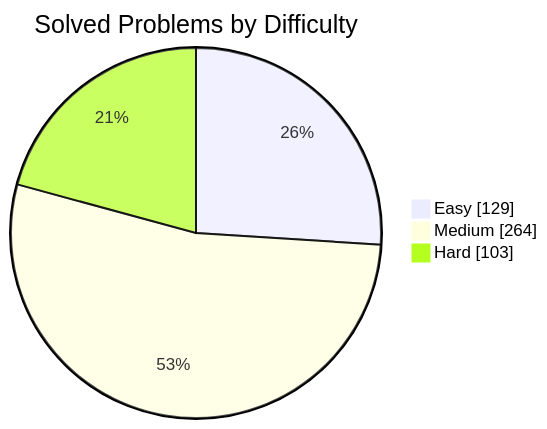
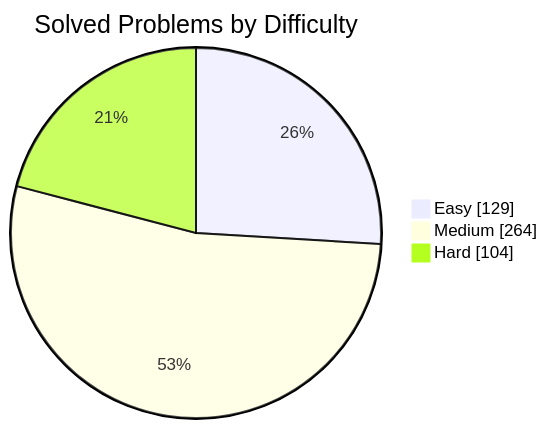
One commit to manikantbindass/DSA-Preparation-FAANG changed the first of 2 diagrams in README.md. Above: the diagram before and after it, drawn with Mermaid. The commit also changed other lines of this file and 1 other file, not shown here.

````diff
--- a/README.md
+++ b/README.md
@@ -77,7 +77,7 @@
 ```mermaid
 pie showData
     title Solved Problems by Difficulty
     "Easy" : 129
     "Medium" : 264
-    "Hard" : 103
+    "Hard" : 104
 ```
````
